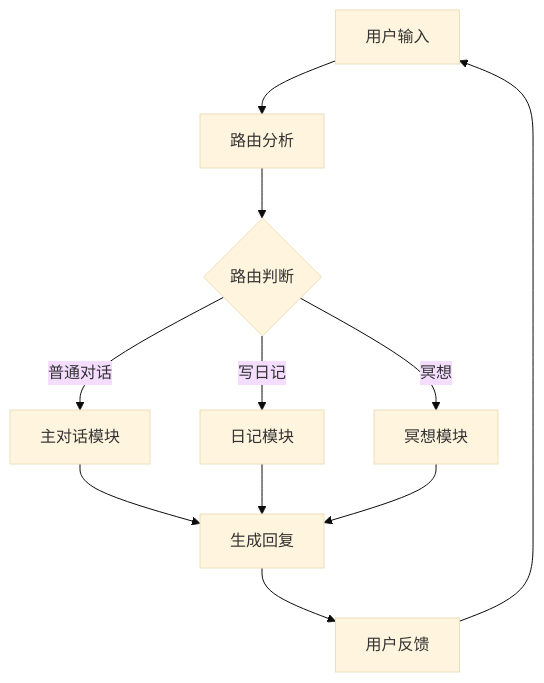
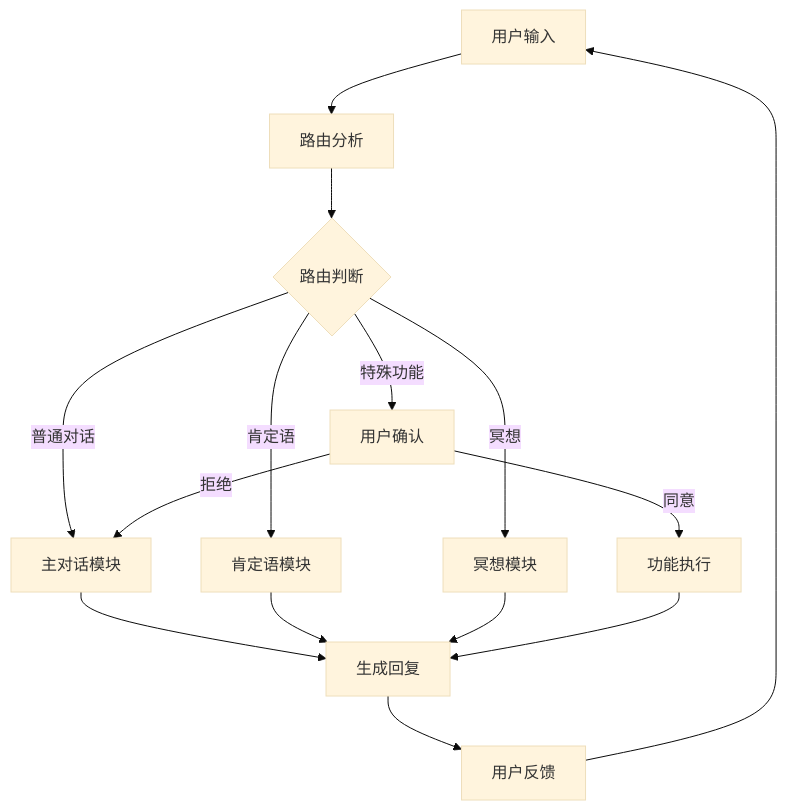
One commit to ophiraShen/I-AM changed the diagram in functional_files/project_functional/chat.md. Above: the diagram before and after it, drawn with Mermaid (base theme). The commit also changed other lines of this file and 66 other files, not shown here.

````diff
--- a/functional_files/project_functional/chat.md
+++ b/functional_files/project_functional/chat.md
@@ -7,13 +7,17 @@
 ```mermaid
 graph TD
     A[用户输入] --> B[路由分析]
     B --> C{路由判断}
     C -->|普通对话| D[主对话模块]
-    C -->|写日记| E[日记模块]
+    C -->|肯定语| E[肯定语模块]
     C -->|冥想| F[冥想模块]
-    D --> G[生成回复]
-    E --> G
-    F --> G
-    G --> H[用户反馈]
-    H --> A
+    C -->|特殊功能| G[用户确认]
+    G -->|同意| H[功能执行]
+    G -->|拒绝| D
+    D --> I[生成回复]
+    E --> I
+    F --> I
+    H --> I
+    I --> J[用户反馈]
+    J --> A
 ```
````
